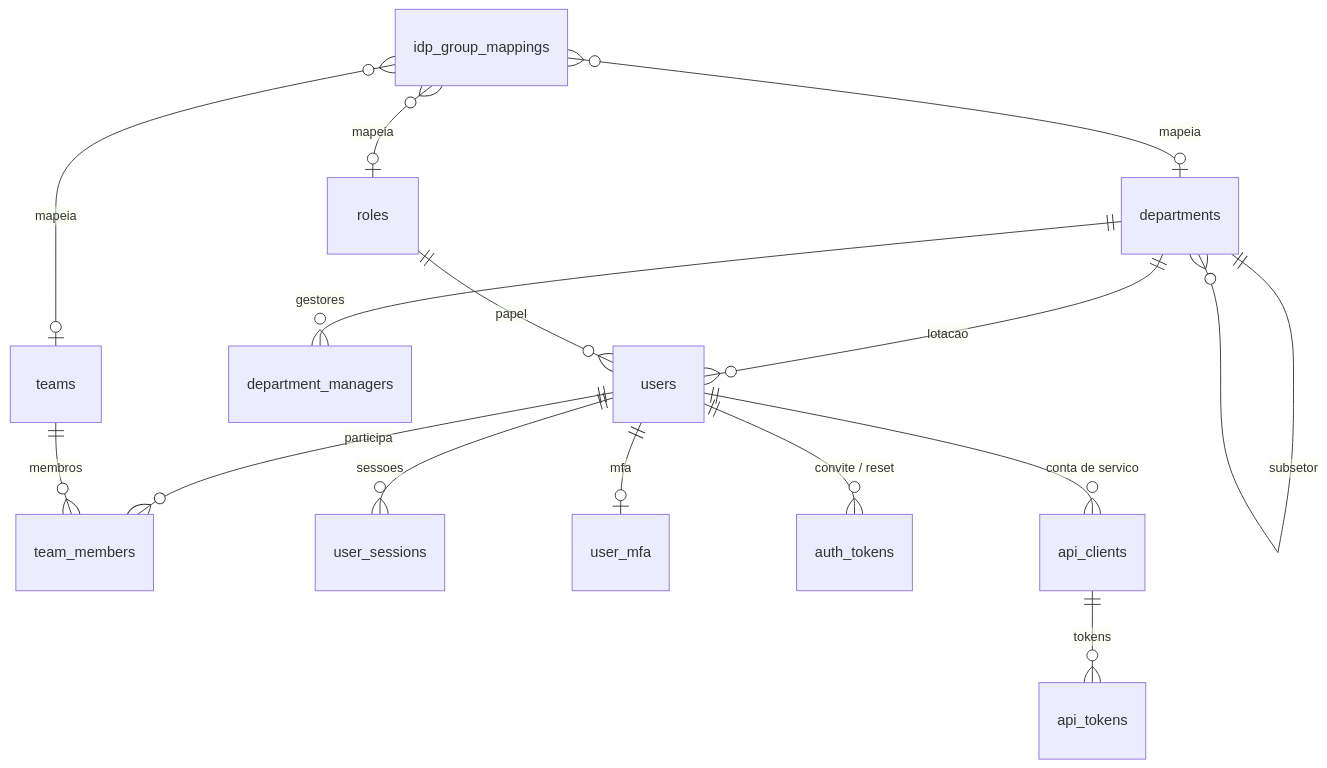
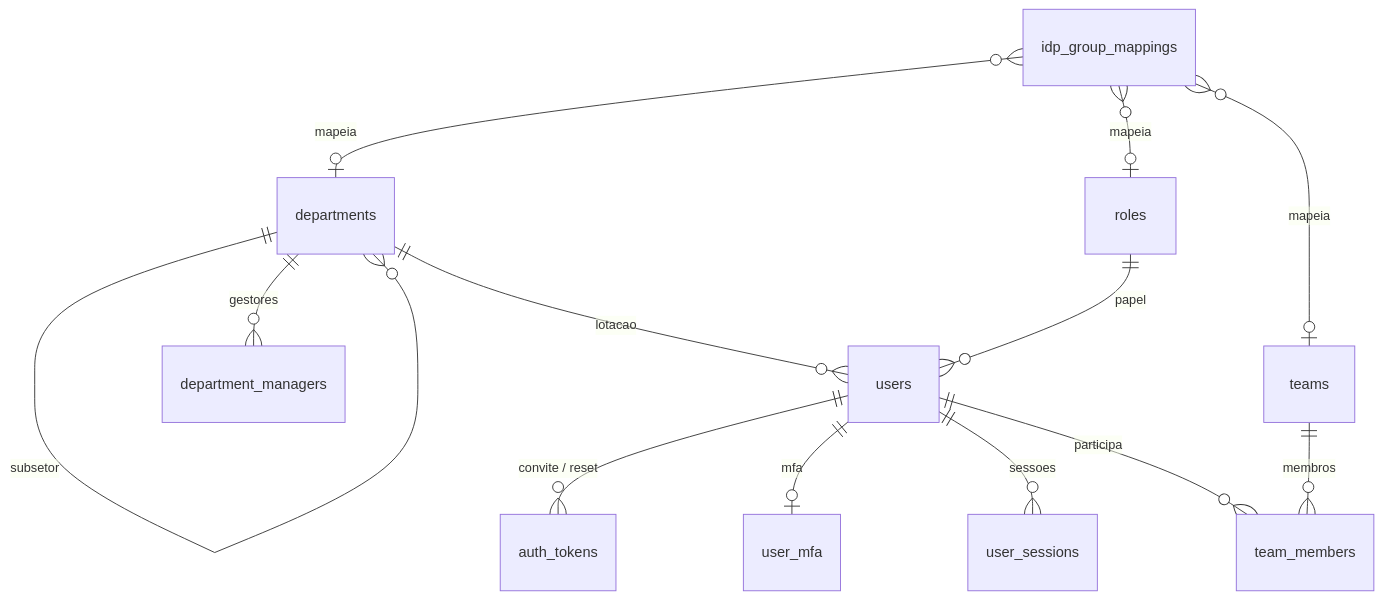
Before and after one commit to 0LB-i/ticketflow: the first of 2 diagrams in docs/04-modelo-de-dados.md, drawn with Mermaid. The commit also changed other lines of this file and 21 other files, not shown here.

````diff
--- a/docs/04-modelo-de-dados.md
+++ b/docs/04-modelo-de-dados.md
@@ -9,17 +11,15 @@
 ```mermaid
 erDiagram
     departments ||--o{ departments : subsetor
     departments ||--o{ users : lotacao
     departments ||--o{ department_managers : gestores
     roles ||--o{ users : papel
     users ||--o{ team_members : participa
     teams ||--o{ team_members : membros
     users ||--o{ user_sessions : sessoes
     users ||--o| user_mfa : mfa
     users ||--o{ auth_tokens : "convite / reset"
     idp_group_mappings }o--o| roles : mapeia
     idp_group_mappings }o--o| teams : mapeia
     idp_group_mappings }o--o| departments : mapeia
-    users ||--o{ api_clients : "conta de servico"
-    api_clients ||--o{ api_tokens : tokens
 ```
````
